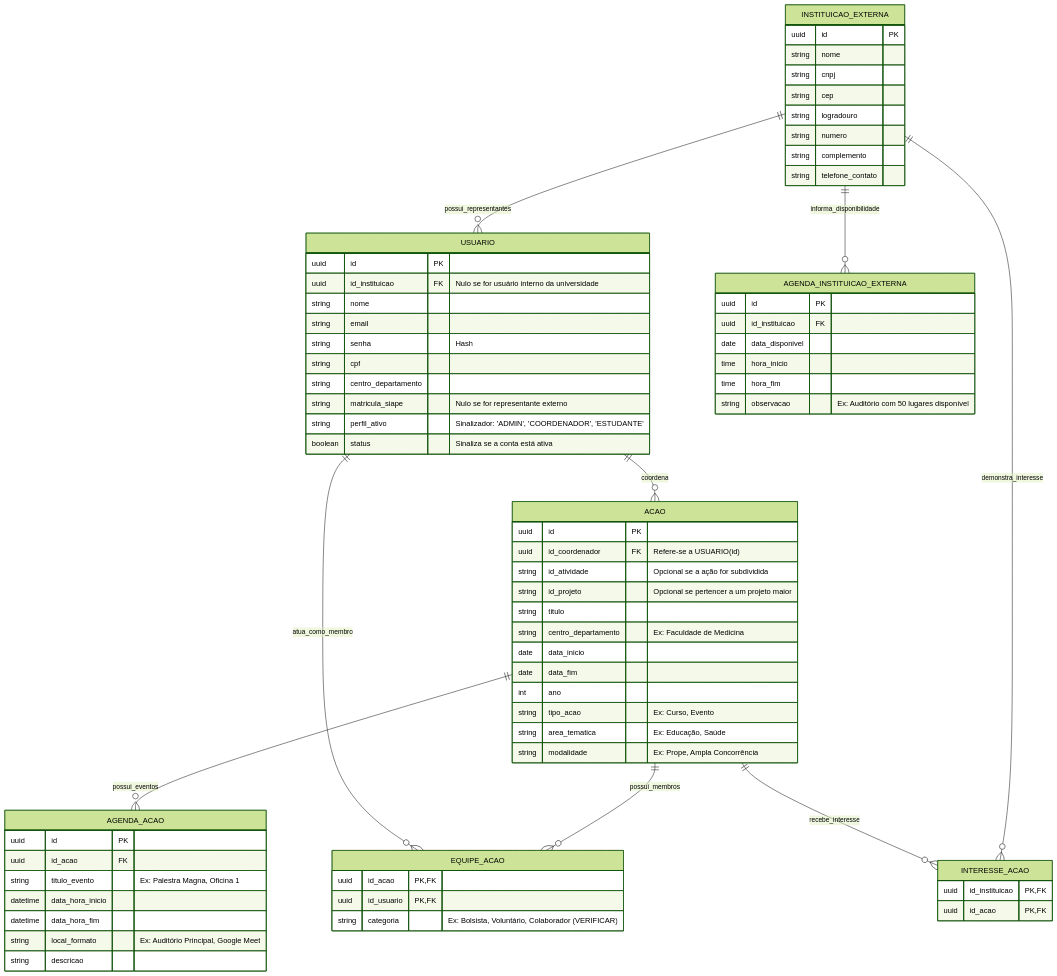
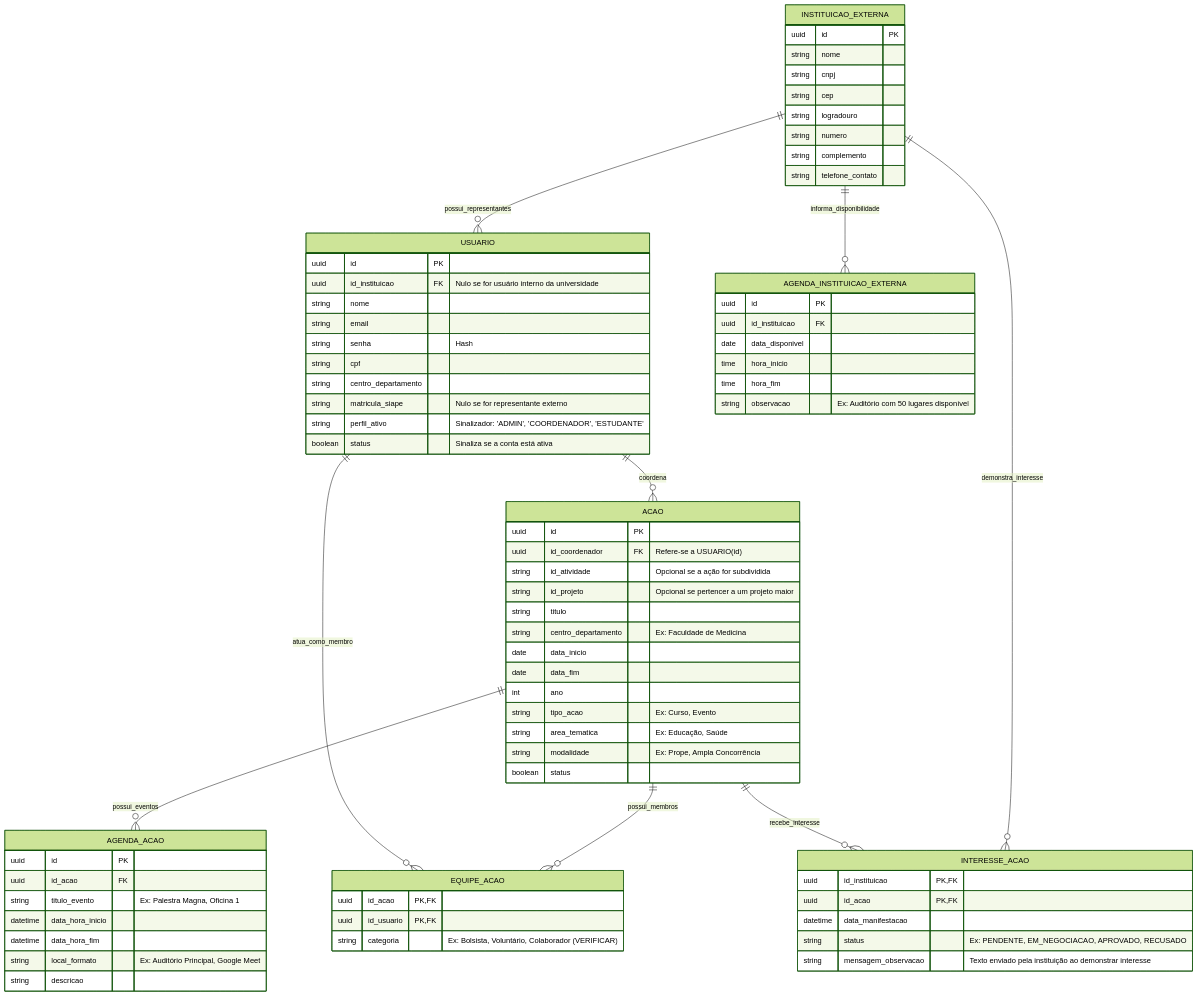
One commit to PROEX-UFCA/sigex changed the diagram in README.md. Above: the diagram before and after it, drawn with Mermaid (forest theme). The commit also changed other lines of this file and 14 other files, not shown here.

````diff
--- a/README.md
+++ b/README.md
@@ -264,6 +36,7 @@
         string tipo_acao "Ex: Curso, Evento"
         string area_tematica "Ex: Educação, Saúde"
         string modalidade "Ex: Prope, Ampla Concorrência"
+        boolean status
     }
 
     EQUIPE_ACAO {
@@ -307,5 +80,8 @@
     INTERESSE_ACAO {
         uuid id_instituicao PK, FK
         uuid id_acao PK, FK
+        datetime data_manifestacao
+        string status "Ex: PENDENTE, EM_NEGOCIACAO, APROVADO, RECUSADO"
+        string mensagem_observacao "Texto enviado pela instituição ao demonstrar interesse"
     }
 ```
````
